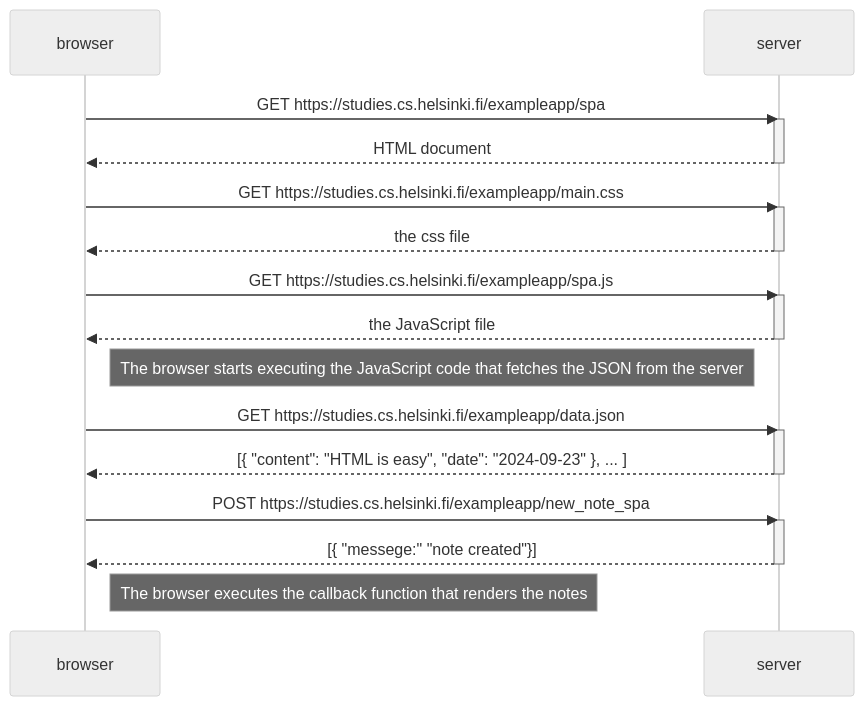
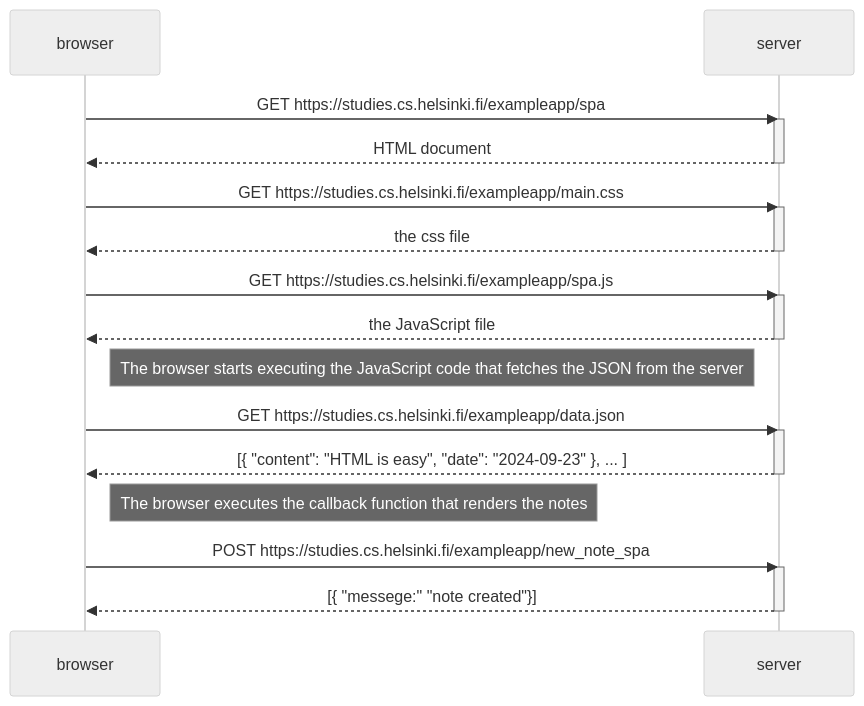
Before and after one commit to JaGu7773/FullStackOpenGut: the diagram in diagram2.md, drawn with Mermaid (neutral theme).

````diff
--- a/diagram2.md
+++ b/diagram2.md
@@ -1,34 +1,34 @@
 ```mermaid    
     sequenceDiagram
         participant browser
         participant server
     
         browser->>server: GET https://studies.cs.helsinki.fi/exampleapp/spa
         activate server
         server-->>browser: HTML document
         deactivate server
     
         browser->>server: GET https://studies.cs.helsinki.fi/exampleapp/main.css
         activate server
         server-->>browser: the css file
         deactivate server
     
         browser->>server: GET https://studies.cs.helsinki.fi/exampleapp/spa.js
         activate server
         server-->>browser: the JavaScript file
         deactivate server
     
         Note right of browser: The browser starts executing the JavaScript code that fetches the JSON from the server
     
         browser->>server: GET https://studies.cs.helsinki.fi/exampleapp/data.json
         activate server
         server-->>browser: [{ "content": "HTML is easy", "date": "2024-09-23" }, ... ]
         deactivate server
+
+        Note right of browser: The browser executes the callback function that renders the notes
     
         browser->>server: POST https://studies.cs.helsinki.fi/exampleapp/new_note_spa
         activate server
         server-->>browser: [{ "messege:" "note created"}]
         deactivate server
-    
-        Note right of browser: The browser executes the callback function that renders the notes
 ```
````
